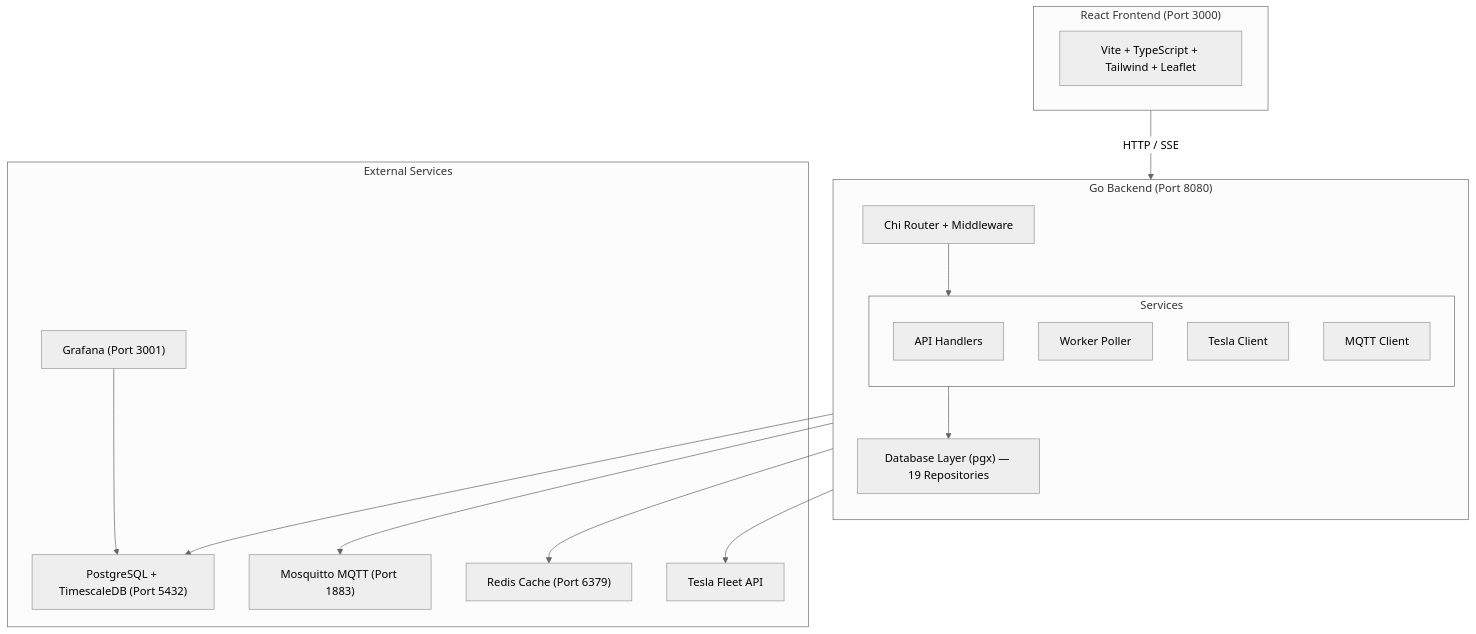
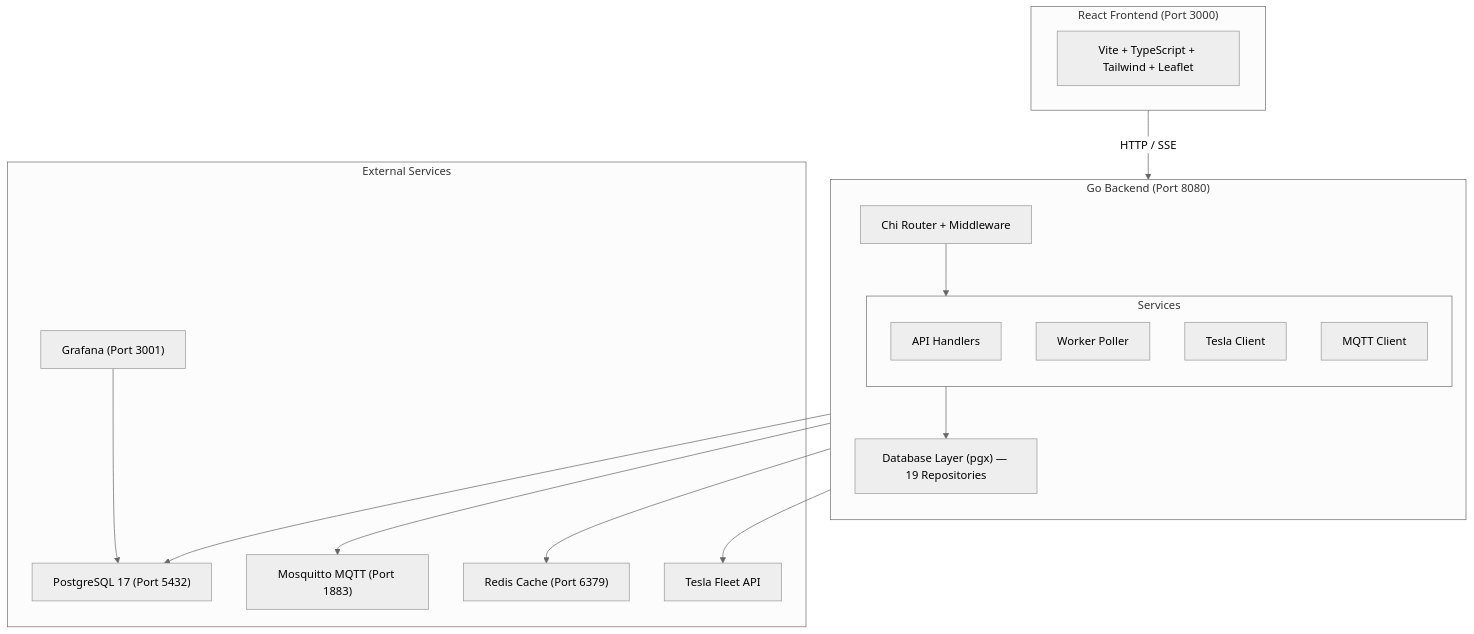
One commit to ev-dev-labs/teslasync changed the first of 8 diagrams in docs/guide/architecture.md. Above: the diagram before and after it, drawn with Mermaid (neutral theme). The commit also changed other lines of this file and 26 other files, not shown here.

First line of the commit message:
feat: migrate from TimescaleDB to plain PostgreSQL 17

````diff
--- a/docs/guide/architecture.md
+++ b/docs/guide/architecture.md
@@ -7,35 +7,35 @@
 ```mermaid
 graph TB
     subgraph Frontend["React Frontend (Port 3000)"]
         UI["Vite + TypeScript + Tailwind + Leaflet"]
     end
 
     subgraph Backend["Go Backend (Port 8080)"]
         direction TB
         Router["Chi Router + Middleware"]
         subgraph Services
             API["API Handlers"]
             Worker["Worker Poller"]
             Tesla["Tesla Client"]
             MQTT["MQTT Client"]
         end
         DB_Layer["Database Layer (pgx) — 19 Repositories"]
         Router --> Services
         Services --> DB_Layer
     end
 
     subgraph External["External Services"]
-        PG["PostgreSQL + TimescaleDB (Port 5432)"]
+        PG["PostgreSQL 17 (Port 5432)"]
         Mosquitto["Mosquitto MQTT (Port 1883)"]
         Redis["Redis Cache (Port 6379)"]
         Grafana["Grafana (Port 3001)"]
         TeslaAPI["Tesla Fleet API"]
     end
 
     Frontend -- "HTTP / SSE" --> Backend
     DB_Layer --> PG
     MQTT --> Mosquitto
     Tesla --> TeslaAPI
     Backend --> Redis
     Grafana --> PG
 ```
````
